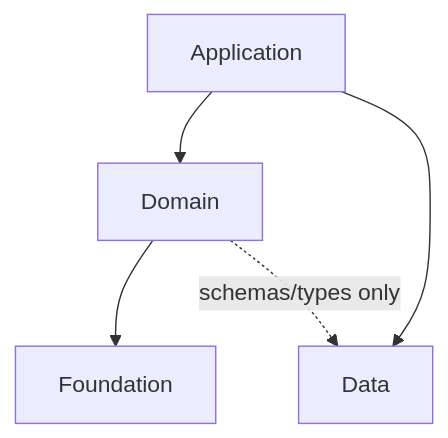
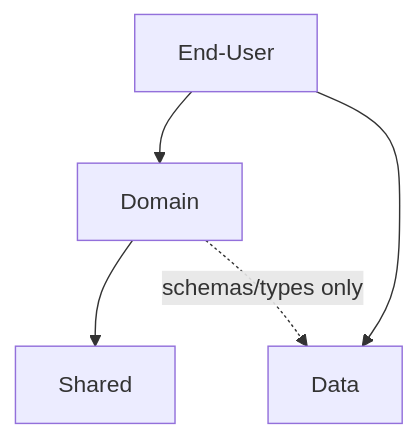
Before and after one commit to choegyumin/agent-skills: the diagram in skills/frontend-layered-architecture/SKILL.md, drawn with Mermaid. The commit also changed other lines of this file and 3 other files, not shown here.

````diff
--- a/skills/frontend-layered-architecture/SKILL.md
+++ b/skills/frontend-layered-architecture/SKILL.md
@@ -45,7 +45,7 @@
 ```mermaid
 flowchart TB
-  Application --> Domain
-  Domain --> Foundation
-  Application --> Data
+  End-User --> Domain
+  Domain --> Shared
+  End-User --> Data
   Domain -. schemas/types only .-> Data
 ```
````
